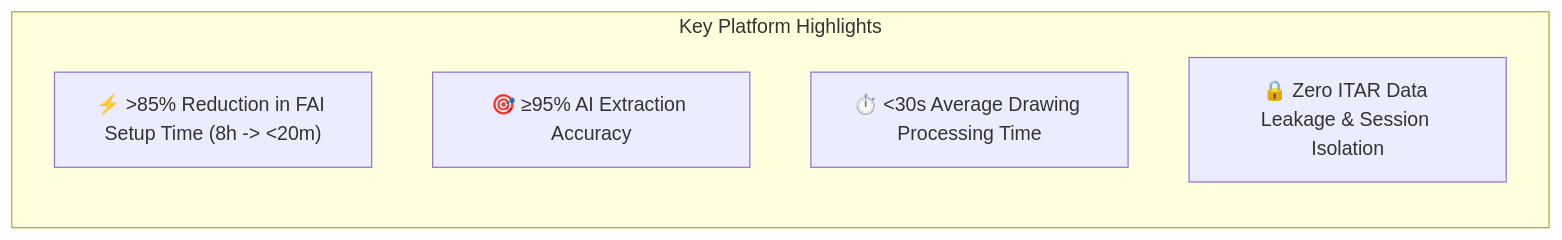
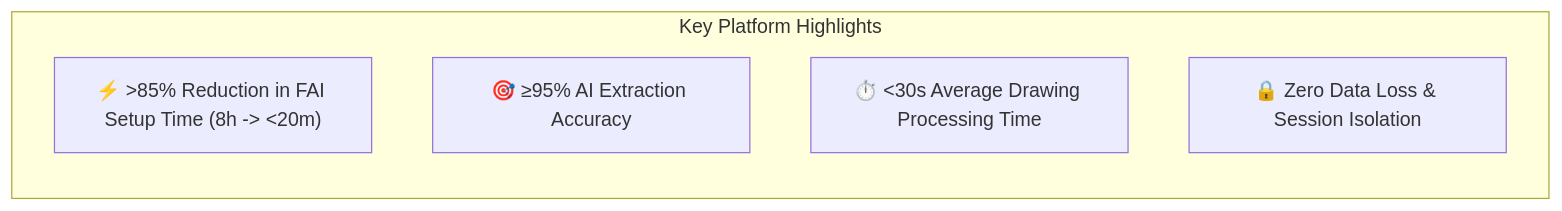
The first of 2 diagrams in README.md (LoonistApp/Loonist), drawn with Mermaid before and after one commit. The commit also changed other lines of this file and 4 other files, not shown here.

````diff
--- a/README.md
+++ b/README.md
@@ -40,9 +37,9 @@
 ```mermaid
 flowchart LR
     subgraph Highlights ["Key Platform Highlights"]
         Time["⚡ >85% Reduction in FAI Setup Time (8h -> <20m)"]
         Acc["🎯 ≥95% AI Extraction Accuracy"]
         Proc["⏱️ <30s Average Drawing Processing Time"]
-        Sec["🔒 Zero ITAR Data Leakage & Session Isolation"]
+        Sec["🔒 Zero Data Loss & Session Isolation"]
     end
 ```
````
